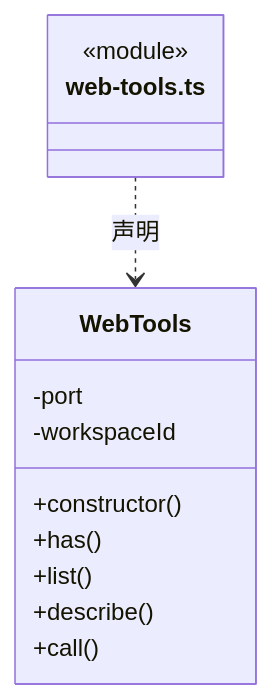
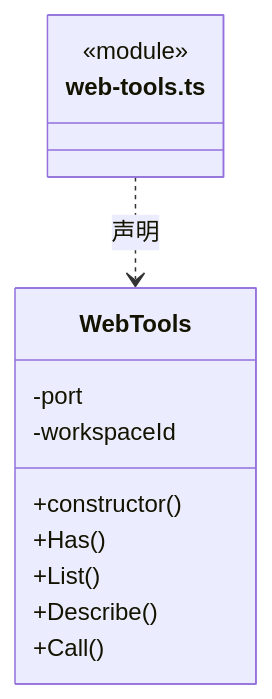
Before and after one commit to nan023062/cbim: diagram 19 of 24 in src/logic/tools/runtime/ARCHITECTURE.md, drawn with Mermaid. The commit also changed other lines of this file and 1035 other files, not shown here.

````diff
--- a/src/logic/tools/runtime/ARCHITECTURE.md
+++ b/src/logic/tools/runtime/ARCHITECTURE.md
@@ -445,16 +445,16 @@
 ```mermaid
 classDiagram
 class N_src_logic_tools_runtime_web_tools_ts["web-tools.ts"] {
   <<module>>
 }
 class N_src_logic_tools_runtime_web_tools_ts_WebTools["WebTools"] {
   +constructor()
-  +has()
-  +list()
-  +describe()
-  +call()
+  +Has()
+  +List()
+  +Describe()
+  +Call()
   -port
   -workspaceId
 }
 N_src_logic_tools_runtime_web_tools_ts ..> N_src_logic_tools_runtime_web_tools_ts_WebTools : 声明
 ```
````
